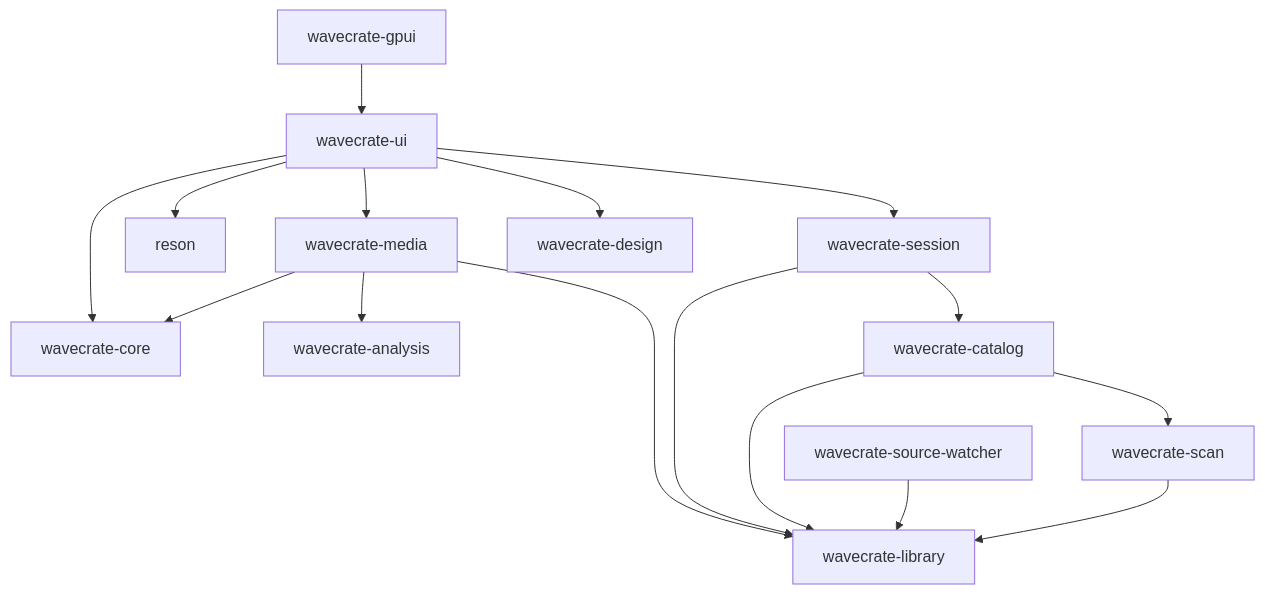
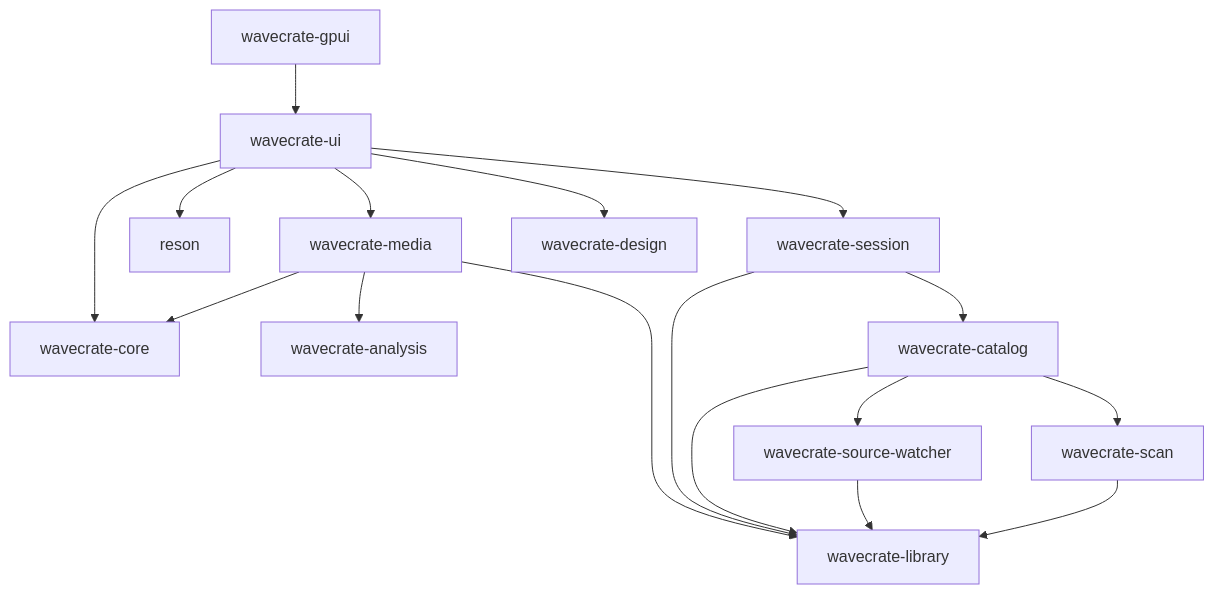
One commit to fromvoid-audio/yield changed the diagram in docs/GPUI_ARCHITECTURE.md. Above: the diagram before and after it, drawn with Mermaid. The commit also changed other lines of this file and 9 other files, not shown here.

````diff
--- a/docs/GPUI_ARCHITECTURE.md
+++ b/docs/GPUI_ARCHITECTURE.md
@@ -30,18 +30,19 @@
 ```mermaid
 flowchart TD
     Launcher[wavecrate-gpui] --> UI[wavecrate-ui]
     UI --> Core[wavecrate-core]
     UI --> Media[wavecrate-media]
     UI --> Audio[reson]
     UI --> Session[wavecrate-session]
     Media --> Core
     Media --> Library[wavecrate-library]
     Media --> Analysis[wavecrate-analysis]
     UI --> Design[wavecrate-design]
     Session --> Library
     Session --> Catalog
     Catalog[wavecrate-catalog] --> Library
     Catalog --> Scan
+    Catalog --> Watcher
     Watcher[wavecrate-source-watcher] --> Library
     Scan[wavecrate-scan] --> Library
 ```
````
